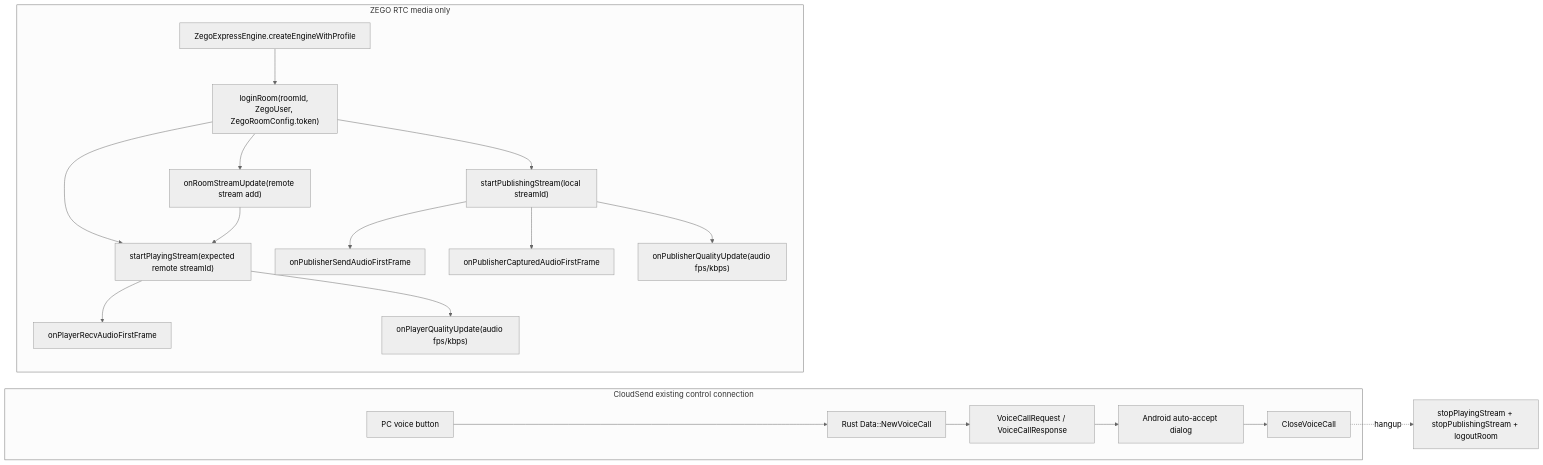
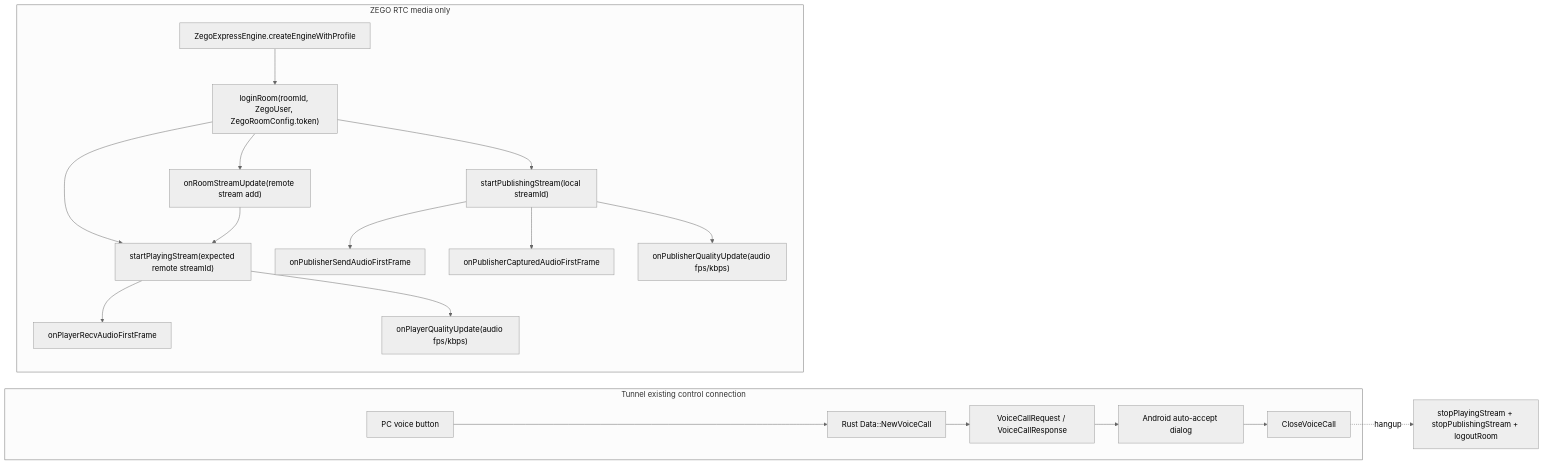
The second of 3 diagrams in docs/ZEGO_VOICE_CALL_ARCHITECTURE.md (adb-shell/Tunnel), drawn with Mermaid (neutral theme) before and after one commit. The commit also changed other lines of this file and 285 other files, not shown here.

````diff
--- a/docs/ZEGO_VOICE_CALL_ARCHITECTURE.md
+++ b/docs/ZEGO_VOICE_CALL_ARCHITECTURE.md
@@ -50,25 +50,25 @@
 ```mermaid
 flowchart LR
-    subgraph Control["CloudSend existing control connection"]
+    subgraph Control["Tunnel existing control connection"]
         A["PC voice button"] --> B["Rust Data::NewVoiceCall"]
         B --> C["VoiceCallRequest / VoiceCallResponse"]
         C --> D["Android auto-accept dialog"]
         D --> E["CloseVoiceCall"]
     end
 
     subgraph Media["ZEGO RTC media only"]
         F["ZegoExpressEngine.createEngineWithProfile"]
         F --> G["loginRoom(roomId, ZegoUser, ZegoRoomConfig.token)"]
         G --> H["startPublishingStream(local streamId)"]
         G --> I["startPlayingStream(expected remote streamId)"]
         G --> J["onRoomStreamUpdate(remote stream add)"]
         J --> I
         H --> K["onPublisherSendAudioFirstFrame"]
         H --> N["onPublisherCapturedAudioFirstFrame"]
         I --> L["onPlayerRecvAudioFirstFrame"]
         H --> O["onPublisherQualityUpdate(audio fps/kbps)"]
         I --> P["onPlayerQualityUpdate(audio fps/kbps)"]
     end
 
     E -.hangup.-> M["stopPlayingStream + stopPublishingStream + logoutRoom"]
 ```
````
